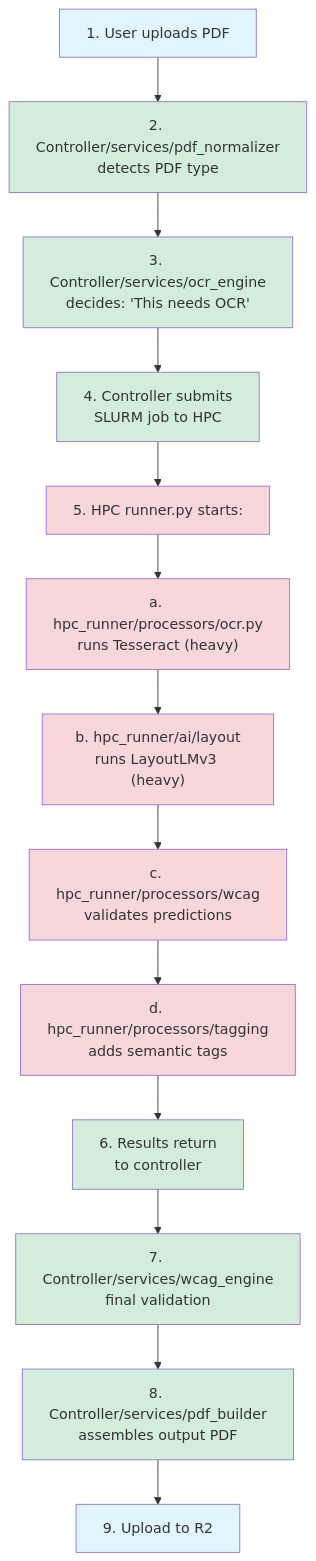
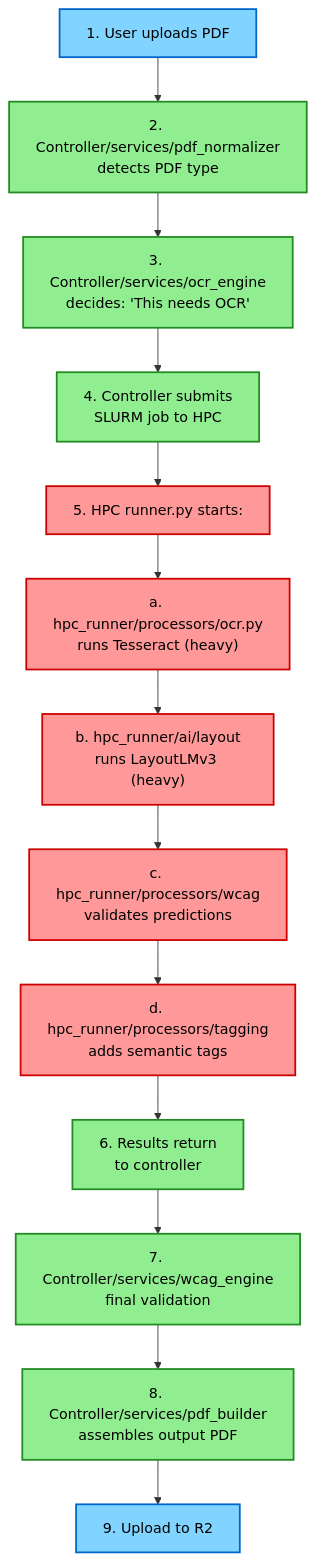
Before and after one commit to ucdavis/accessible-pdf-rocky: the second of 2 diagrams in docs/ARCHITECTURE.md, drawn with Mermaid. The commit also changed other lines of this file and 2 other files, not shown here.

Commit message:
Changed: Updates diagram styles for clarity
Updates the styles of diagrams in the documentation to improve
readability and visual clarity. The changes involve adjusting
the fill color, stroke color, and stroke width for various
elements in the diagrams, enhancing the overall presentation
of the system architecture and development workflows. (Internal)

````diff
--- a/docs/ARCHITECTURE.md
+++ b/docs/ARCHITECTURE.md
@@ -251,32 +251,32 @@
 ```mermaid
 flowchart TD
     A["1. User uploads PDF"] --> B["2. Controller/services/pdf_normalizer<br/>detects PDF type"]
     B --> C["3. Controller/services/ocr_engine<br/>decides: 'This needs OCR'"]
     C --> D["4. Controller submits<br/>SLURM job to HPC"]
     
     D --> E["5. HPC runner.py starts:"]
     
     E --> E1["a. hpc_runner/processors/ocr.py<br/>runs Tesseract (heavy)"]
     E1 --> E2["b. hpc_runner/ai/layout<br/>runs LayoutLMv3 (heavy)"]
     E2 --> E3["c. hpc_runner/processors/wcag<br/>validates predictions"]
     E3 --> E4["d. hpc_runner/processors/tagging<br/>adds semantic tags"]
     
     E4 --> F["6. Results return<br/>to controller"]
     F --> G["7. Controller/services/wcag_engine<br/>final validation"]
     G --> H["8. Controller/services/pdf_builder<br/>assembles output PDF"]
     H --> I["9. Upload to R2"]
     
-    style A fill:#e1f5ff
-    style B fill:#d4edda
-    style C fill:#d4edda
-    style D fill:#d4edda
-    style E fill:#f8d7da
-    style E1 fill:#f8d7da
-    style E2 fill:#f8d7da
-    style E3 fill:#f8d7da
-    style E4 fill:#f8d7da
-    style F fill:#d4edda
-    style G fill:#d4edda
-    style H fill:#d4edda
-    style I fill:#e1f5ff
+    style A fill:#80d4ff,stroke:#0066cc,stroke-width:2px,color:#000
+    style B fill:#90ee90,stroke:#228b22,stroke-width:2px,color:#000
+    style C fill:#90ee90,stroke:#228b22,stroke-width:2px,color:#000
+    style D fill:#90ee90,stroke:#228b22,stroke-width:2px,color:#000
+    style E fill:#ff9999,stroke:#cc0000,stroke-width:2px,color:#000
+    style E1 fill:#ff9999,stroke:#cc0000,stroke-width:2px,color:#000
+    style E2 fill:#ff9999,stroke:#cc0000,stroke-width:2px,color:#000
+    style E3 fill:#ff9999,stroke:#cc0000,stroke-width:2px,color:#000
+    style E4 fill:#ff9999,stroke:#cc0000,stroke-width:2px,color:#000
+    style F fill:#90ee90,stroke:#228b22,stroke-width:2px,color:#000
+    style G fill:#90ee90,stroke:#228b22,stroke-width:2px,color:#000
+    style H fill:#90ee90,stroke:#228b22,stroke-width:2px,color:#000
+    style I fill:#80d4ff,stroke:#0066cc,stroke-width:2px,color:#000
 ```
````
